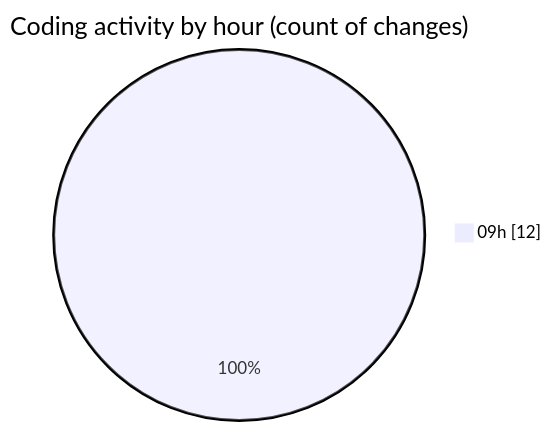
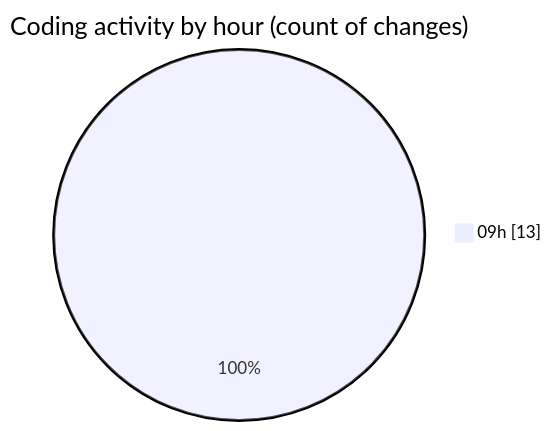
Before and after one commit to momahboobian/code-tracking: the second of 2 diagrams in 2025-09-22/cda/README.md, drawn with Mermaid. The commit also changed other lines of this file and 1 other file, not shown here.

````diff
--- a/2025-09-22/cda/README.md
+++ b/2025-09-22/cda/README.md
@@ -28,5 +28,5 @@
 ```mermaid
 pie showData
 title Coding activity by hour (count of changes)
-"09h" : 12
+"09h" : 13
 ```
````
